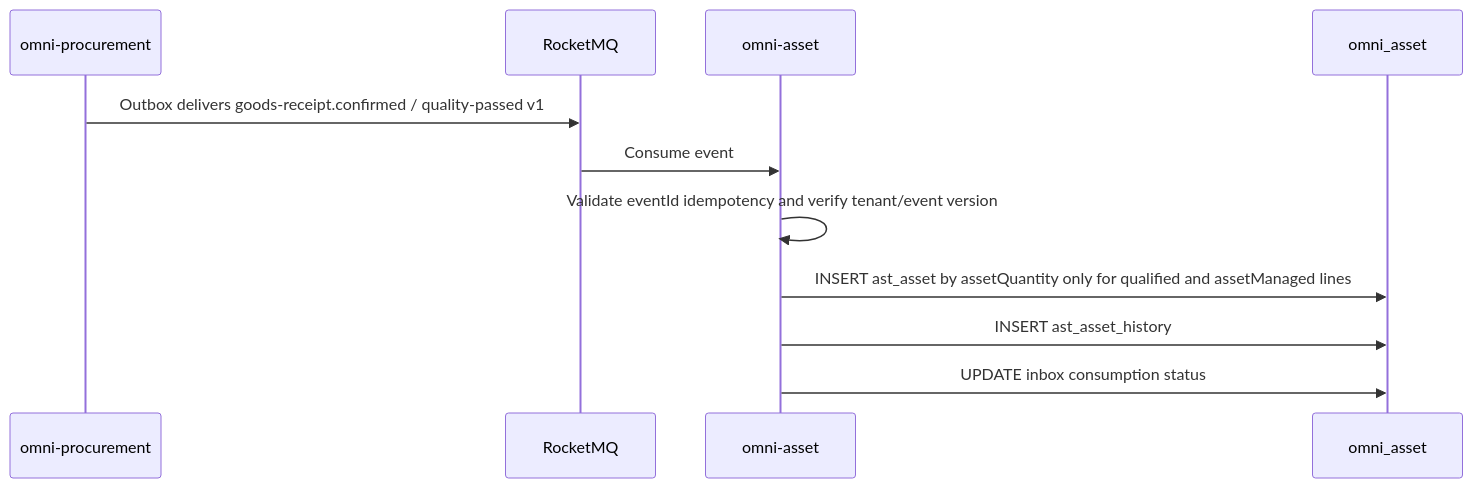
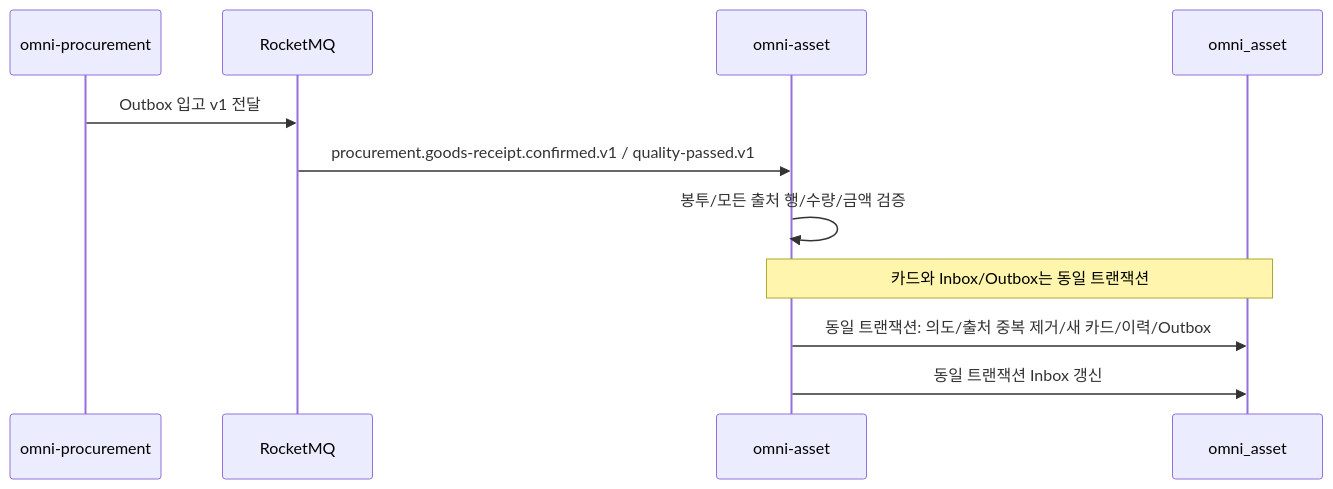
Before and after one commit to wang-baohai/Omni-Stack: the fourth of 6 diagrams in docs/design/asset-design.kr.md, drawn with Mermaid. The commit also changed other lines of this file and 1095 other files, not shown here.

````diff
--- a/docs/design/asset-design.kr.md
+++ b/docs/design/asset-design.kr.md
@@ -213,14 +216,13 @@
 ```mermaid
 sequenceDiagram
     participant PROC as omni-procurement
     participant MQ as RocketMQ
     participant ASSET as omni-asset
     participant DB as omni_asset
-
-    PROC->>MQ: Outbox delivers goods-receipt.confirmed / quality-passed v1
-    MQ->>ASSET: Consume event
-    ASSET->>ASSET: Validate eventId idempotency and verify tenant/event version
-    ASSET->>DB: INSERT ast_asset by assetQuantity only for qualified and assetManaged lines
-    ASSET->>DB: INSERT ast_asset_history
-    ASSET->>DB: UPDATE inbox consumption status
+    PROC->>MQ: Outbox 입고 v1 전달
+    MQ->>ASSET: procurement.goods-receipt.confirmed.v1 / quality-passed.v1
+    ASSET->>ASSET: 봉투/모든 출처 행/수량/금액 검증
+    Note over ASSET,DB: 카드와 Inbox/Outbox는 동일 트랜잭션
+    ASSET->>DB: 동일 트랜잭션: 의도/출처 중복 제거/새 카드/이력/Outbox
+    ASSET->>DB: 동일 트랜잭션 Inbox 갱신
 ```
````
